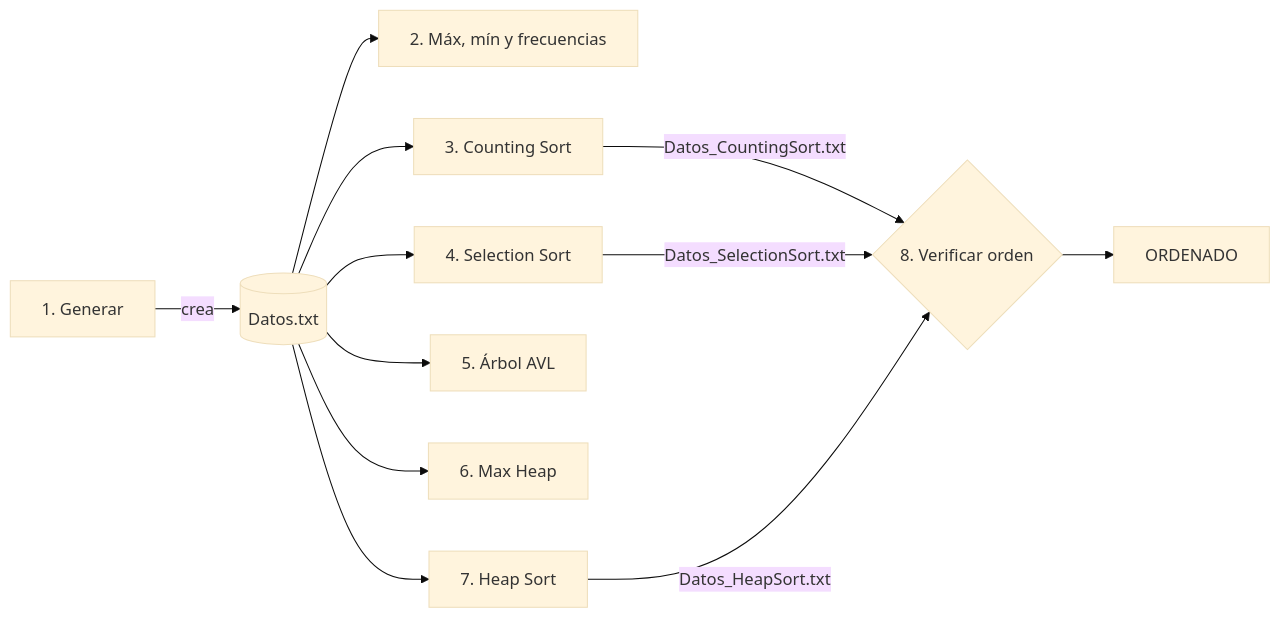
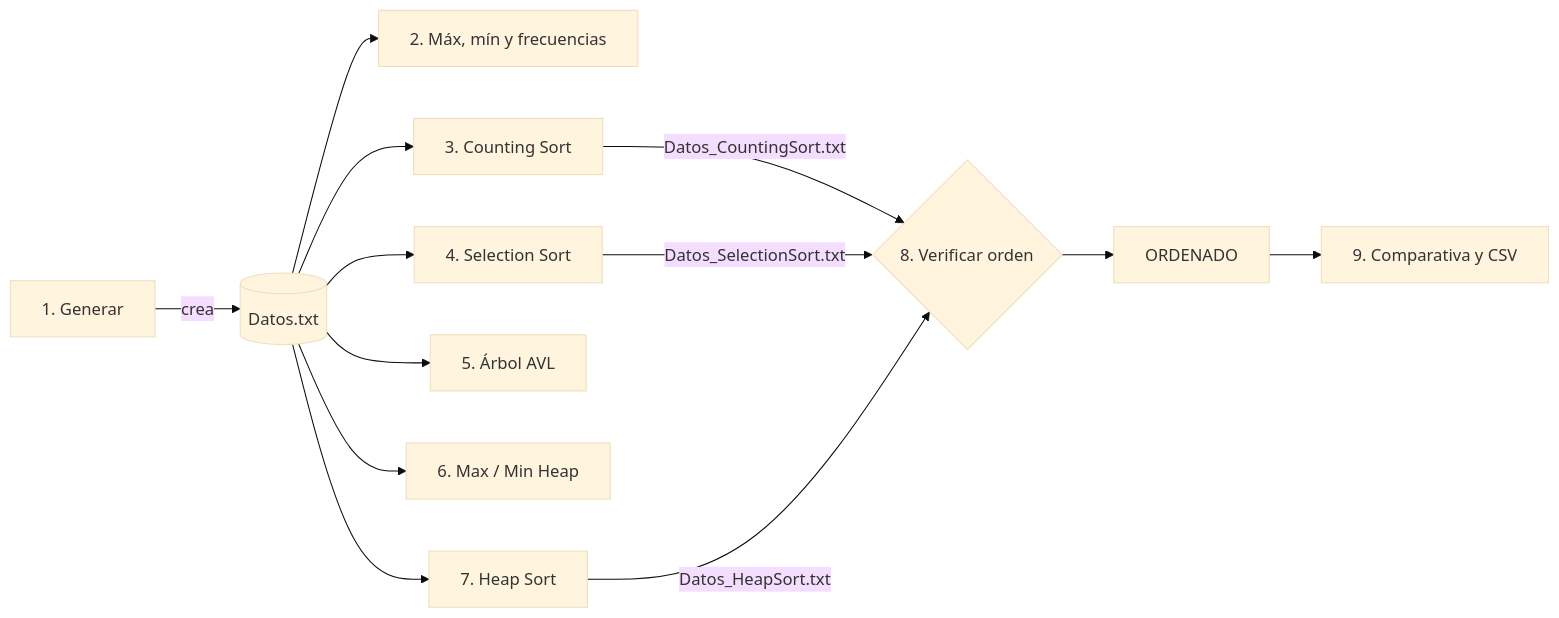
Before and after one commit to jeremendoza01/tp3: the diagram in README.md, drawn with Mermaid (base theme). The commit also changed other lines of this file and 7 other files, not shown here.

````diff
--- a/README.md
+++ b/README.md
@@ -51,14 +52,15 @@
 ```mermaid
 flowchart LR
     A[1. Generar] -->|crea| D[(Datos.txt)]
     D --> B[2. Máx, mín y frecuencias]
     D --> C[3. Counting Sort]
     D --> S[4. Selection Sort]
     D --> T[5. Árbol AVL]
-    D --> H[6. Max Heap]
+    D --> H[6. Max / Min Heap]
     D --> K[7. Heap Sort]
     C -->|Datos_CountingSort.txt| V{8. Verificar orden}
     S -->|Datos_SelectionSort.txt| V
     K -->|Datos_HeapSort.txt| V
     V --> R[ORDENADO]
+    R --> M[9. Comparativa y CSV]
 ```
````
